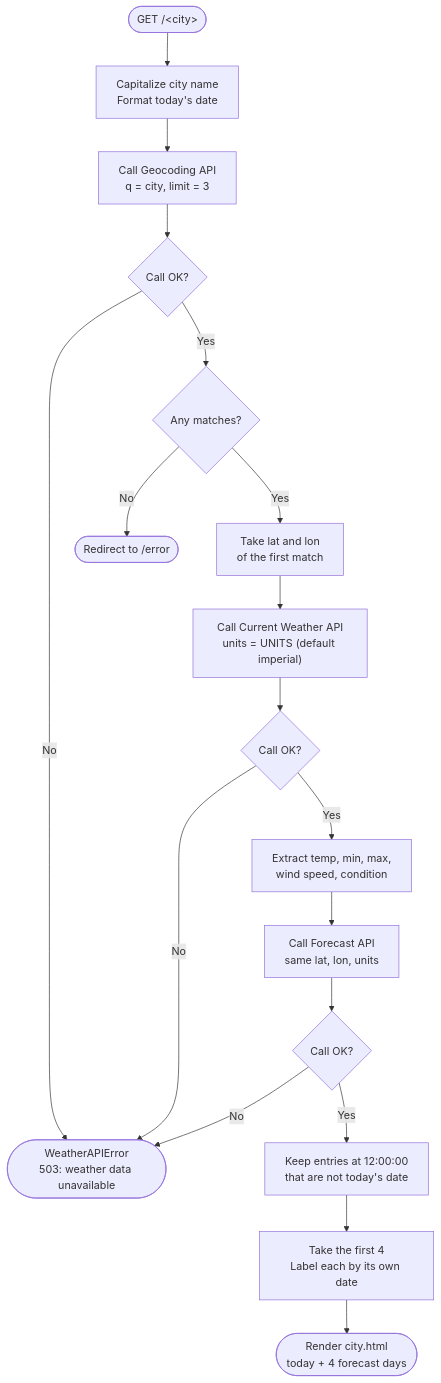
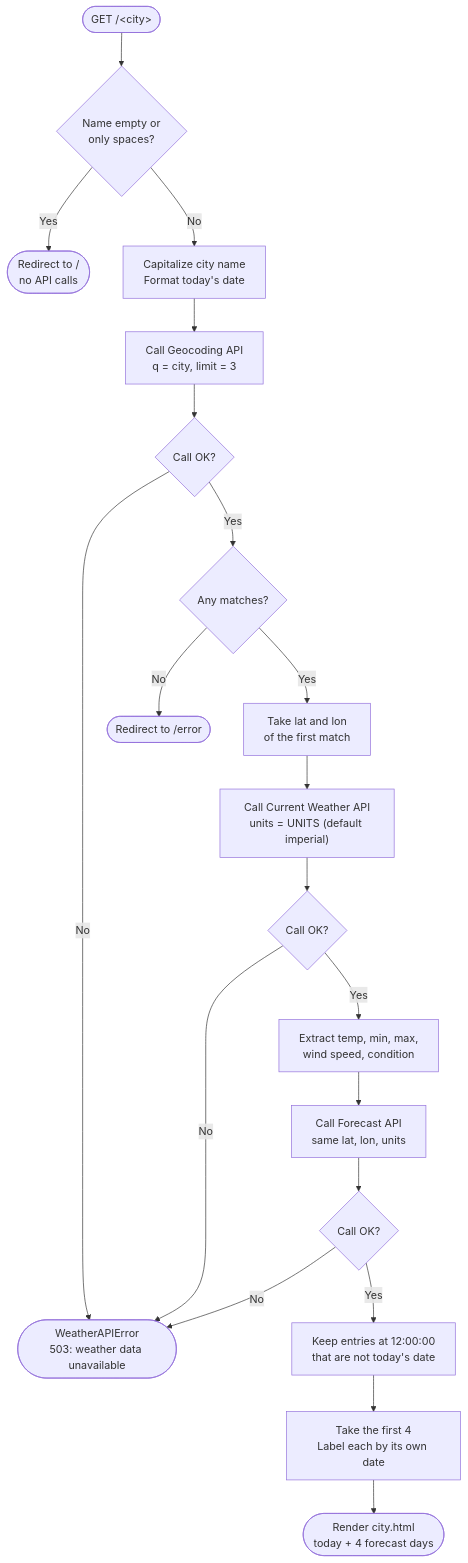
The third of 3 diagrams in exercises/python/weather-app/docs/architecture.md (dpreschel/claude-code-training), drawn with Mermaid before and after one commit. The commit also changed other lines of this file and 6 other files, not shown here.

````diff
--- a/exercises/python/weather-app/docs/architecture.md
+++ b/exercises/python/weather-app/docs/architecture.md
@@ -100,20 +102,22 @@
 ```mermaid
 flowchart TD
-    Start(["GET /#lt;city#gt;"]) --> Format["Capitalize city name<br/>Format today's date"]
+    Start(["GET /#lt;city#gt;"]) --> Blank{"Name empty or<br/>only spaces?"}
+    Blank -->|"Yes"| Home(["Redirect to /<br/>no API calls"])
+    Blank -->|"No"| Format["Capitalize city name<br/>Format today's date"]
     Format --> GeoCall["Call Geocoding API<br/>q = city, limit = 3"]
     GeoCall --> GeoOK{"Call OK?"}
     GeoOK -->|"No"| Unavailable(["WeatherAPIError<br/>503: weather data unavailable"])
     GeoOK -->|"Yes"| Found{"Any matches?"}
     Found -->|"No"| ErrorPage(["Redirect to /error"])
     Found -->|"Yes"| Coords["Take lat and lon<br/>of the first match"]
     Coords --> CurCall["Call Current Weather API<br/>units = UNITS (default imperial)"]
     CurCall --> CurOK{"Call OK?"}
     CurOK -->|"No"| Unavailable
     CurOK -->|"Yes"| Extract["Extract temp, min, max,<br/>wind speed, condition"]
     Extract --> FcCall["Call Forecast API<br/>same lat, lon, units"]
     FcCall --> FcOK{"Call OK?"}
     FcOK -->|"No"| Unavailable
     FcOK -->|"Yes"| Filter["Keep entries at 12:00:00<br/>that are not today's date"]
     Filter --> Slice["Take the first 4<br/>Label each by its own date"]
     Slice --> Render(["Render city.html<br/>today + 4 forecast days"])
 ```
````
